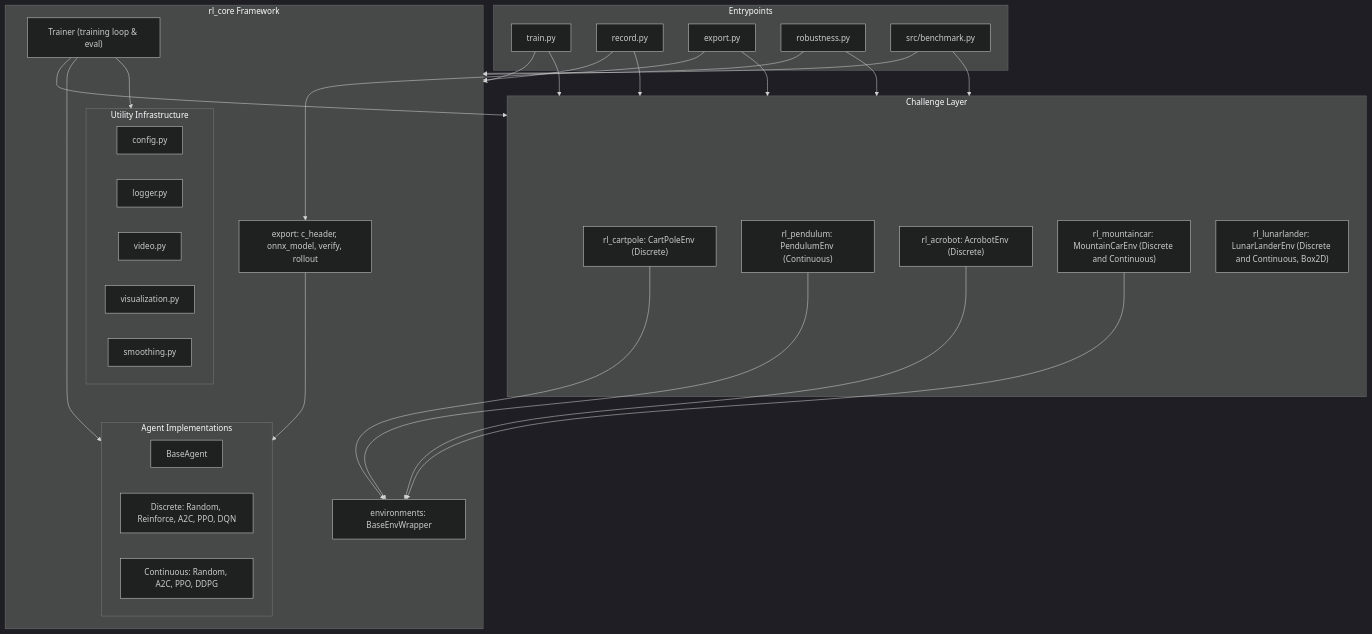
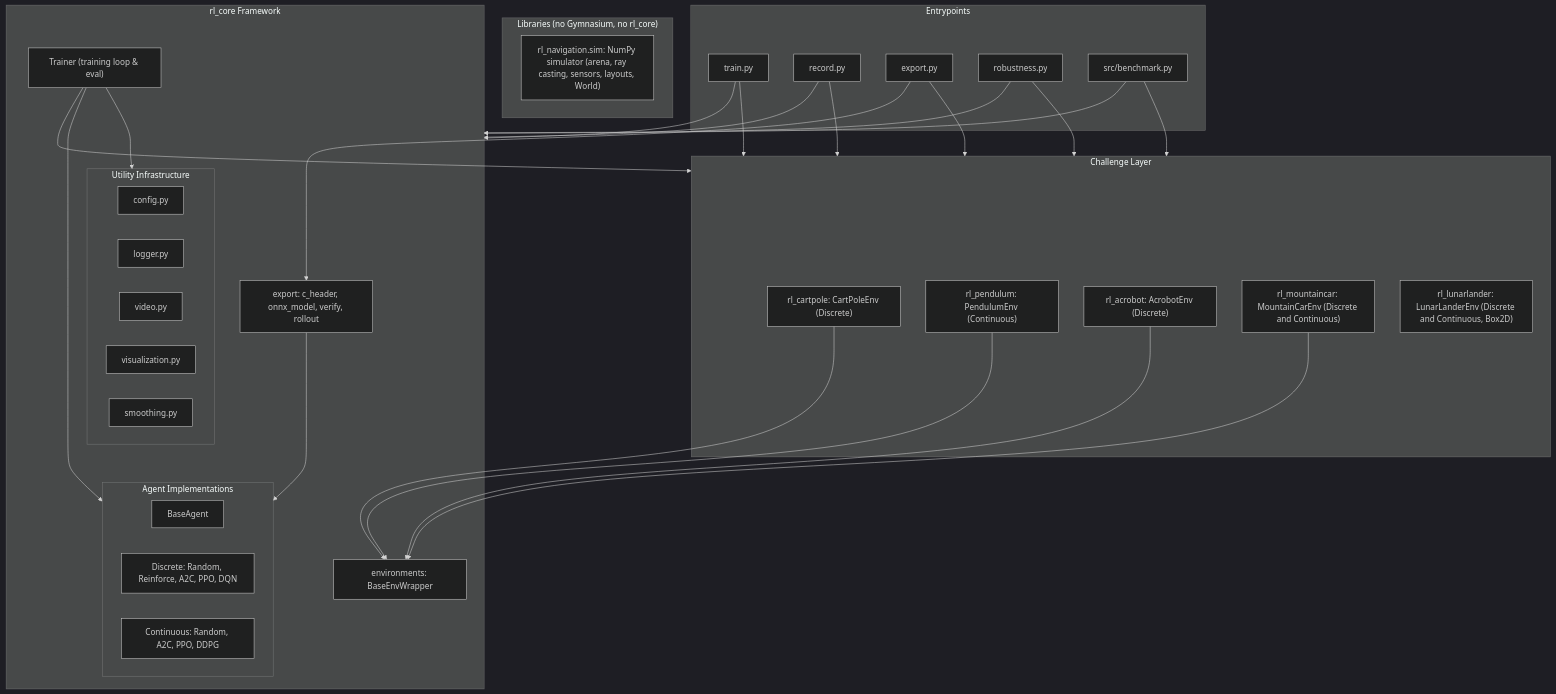
Before and after one commit to andreijw/AI: the first of 3 diagrams in ARCHITECTURE.md, drawn with Mermaid (dark theme). The commit also changed other lines of this file and 16 other files, not shown here.

Commit message:
feat(navigation): rl_navigation.sim, a pure-NumPy robot simulator library

````diff
--- a/ARCHITECTURE.md
+++ b/ARCHITECTURE.md
@@ -106,59 +114,63 @@
 ```mermaid
 flowchart TD
     subgraph CLI ["Entrypoints"]
         Train["train.py"]
         Record["record.py"]
         Export["export.py"]
         Robust["robustness.py"]
         Bench["src/benchmark.py"]
     end
 
     subgraph Challenges ["Challenge Layer"]
         CartPole["rl_cartpole: CartPoleEnv (Discrete)"]
         Pendulum["rl_pendulum: PendulumEnv (Continuous)"]
         Acrobot["rl_acrobot: AcrobotEnv (Discrete)"]
         MountainCar["rl_mountaincar: MountainCarEnv (Discrete and Continuous)"]
         LunarLander["rl_lunarlander: LunarLanderEnv (Discrete and Continuous, Box2D)"]
+    end
+
+    subgraph Libraries ["Libraries (no Gymnasium, no rl_core)"]
+        NavSim["rl_navigation.sim: NumPy simulator (arena, ray casting, sensors, layouts, World)"]
     end
 
     subgraph Core ["rl_core Framework"]
         Trainer["Trainer (training loop & eval)"]
         
         subgraph Agents ["Agent Implementations"]
             BaseAgent["BaseAgent"]
             DiscreteAgents["Discrete: Random, Reinforce, A2C, PPO, DQN"]
             ContinuousAgents["Continuous: Random, A2C, PPO, DDPG"]
         end
 
         EnvBase["environments: BaseEnvWrapper"]
 
         subgraph Utils ["Utility Infrastructure"]
             Config["config.py"]
             Logger["logger.py"]
             Video["video.py"]
             Viz["visualization.py"]
             Smooth["smoothing.py"]
         end
 
         ExportPkg["export: c_header, onnx_model, verify, rollout"]
     end
 
     Train --> Core
     Record --> Core
     Bench --> Core
     Train --> Challenges
     Record --> Challenges
     Export --> Challenges
     Robust --> Core
     Robust --> Challenges
     Export --> ExportPkg
     ExportPkg --> Agents
     Bench --> Challenges
     Trainer --> Challenges
     Trainer --> Agents
     Trainer --> Utils
     CartPole --> EnvBase
     Pendulum --> EnvBase
     Acrobot --> EnvBase
     MountainCar --> EnvBase
 ```
````
